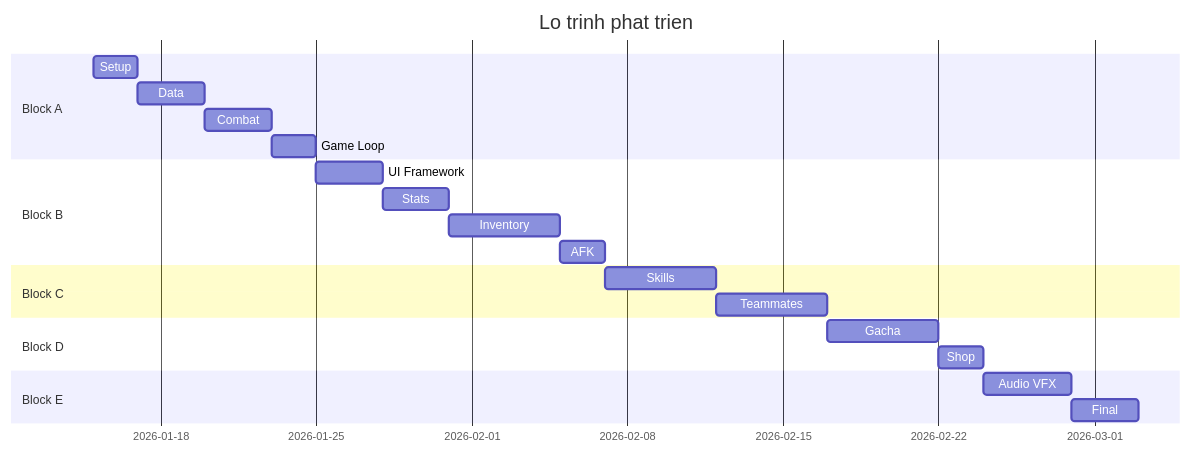
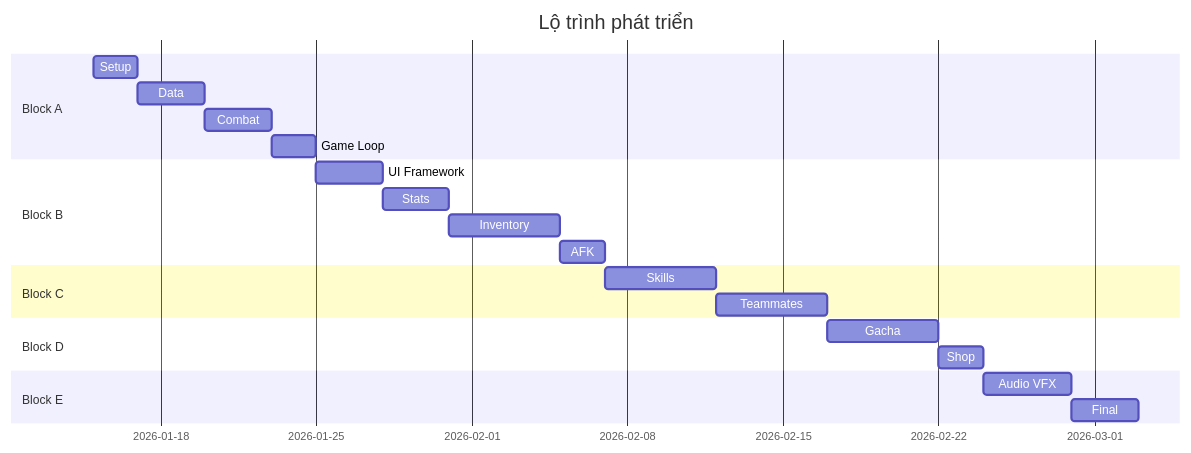
Before and after one commit to luantran-working/idlegame-designdocs: the second of 2 diagrams in docs/roadmap.md, drawn with Mermaid. The commit also changed other lines of this file and 16 other files, not shown here.

Commit message:
feat: Introduce extensive game design documentation covering game systems, UI, and roadmap, and enable Mermaid diagram support in Docusaurus.

````diff
--- a/docs/roadmap.md
+++ b/docs/roadmap.md
@@ -101,29 +101,29 @@
 ```mermaid
 gantt
     dateFormat YYYY-MM-DD
-    title Lo trinh phat trien
+    title Lộ trình phát triển
 
     section Block A
     Setup           :a1, 2026-01-15, 2d
     Data            :a2, after a1, 3d
     Combat          :a3, after a2, 3d
     Game Loop       :a4, after a3, 2d
 
     section Block B
     UI Framework    :b1, after a4, 3d
     Stats           :b2, after b1, 3d
     Inventory       :b3, after b2, 5d
     AFK             :b4, after b3, 2d
 
     section Block C
     Skills          :c1, after b4, 5d
     Teammates       :c2, after c1, 5d
 
     section Block D
     Gacha           :d1, after c2, 5d
     Shop            :d2, after d1, 2d
 
     section Block E
     Audio VFX       :e1, after d2, 4d
     Final           :e2, after e1, 3d
 ```
````
